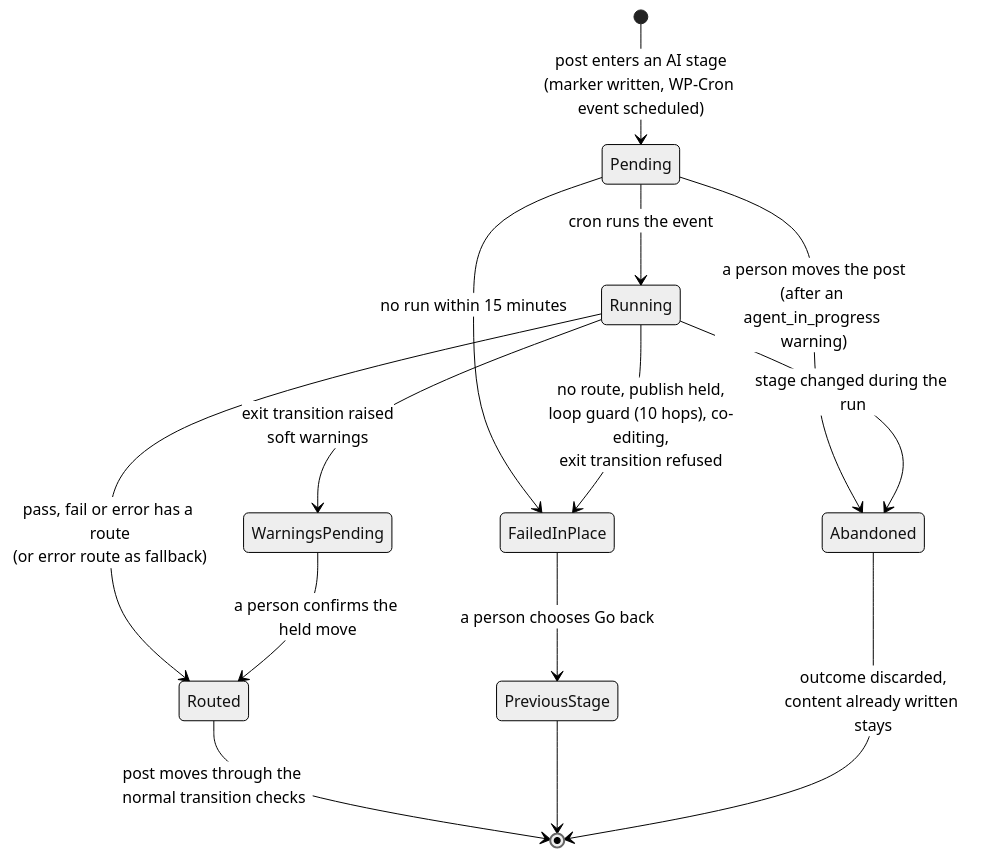
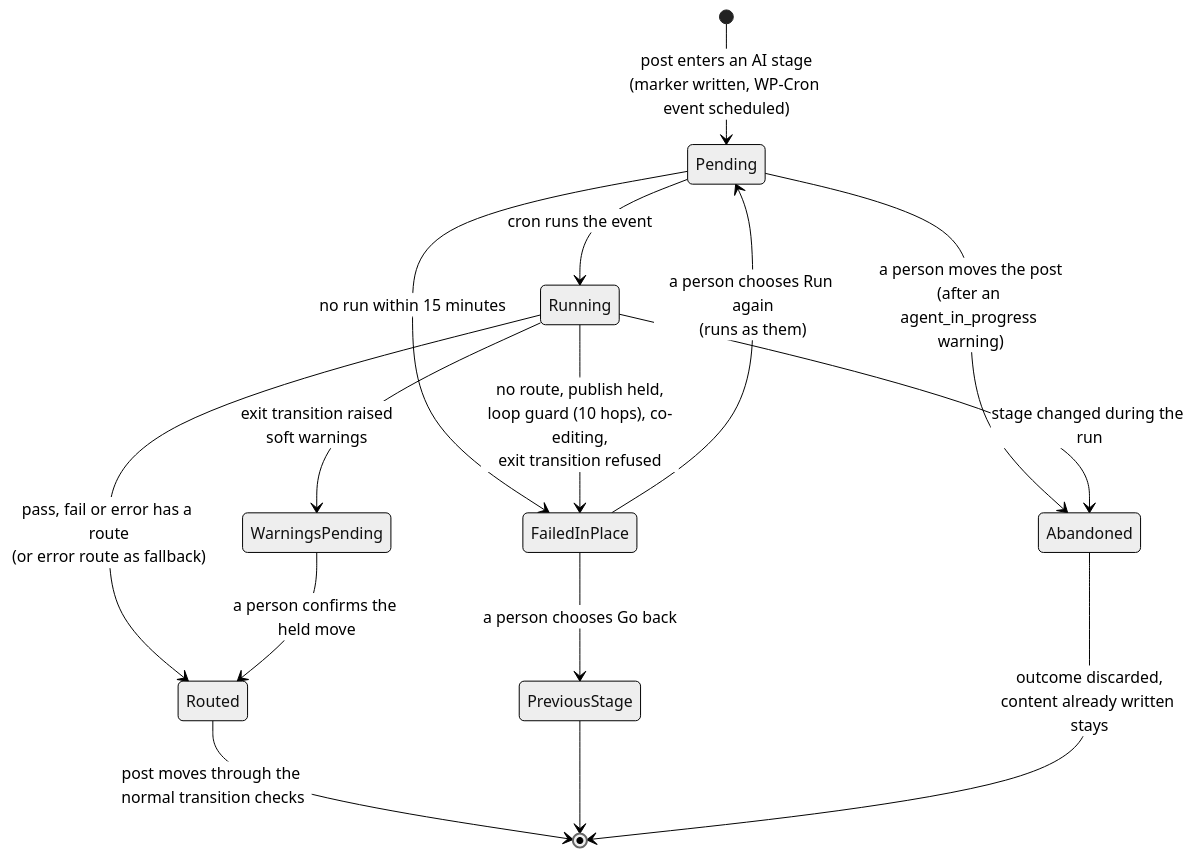
One commit to Automattic/vip-workflows changed the fifth of 6 diagrams in docs/SPEC.md. Above: the diagram before and after it, drawn with Mermaid (neutral theme). The commit also changed other lines of this file, not shown here.

First line of the commit message:
docs: update SPEC.md for runs as the mover and Run again

````diff
--- a/docs/SPEC.md
+++ b/docs/SPEC.md
@@ -1030,16 +1030,17 @@
 ```mermaid
 stateDiagram-v2
   [*] --> Pending: post enters an AI stage<br/>(marker written, WP-Cron event scheduled)
   Pending --> Running: cron runs the event
   Pending --> FailedInPlace: no run within 15 minutes
   Pending --> Abandoned: a person moves the post<br/>(after an agent_in_progress warning)
   Running --> Abandoned: stage changed during the run
   Running --> Routed: pass, fail or error has a route<br/>(or error route as fallback)
   Running --> FailedInPlace: no route, publish held,<br/>loop guard (10 hops), co-editing,<br/>exit transition refused
   Running --> WarningsPending: exit transition raised<br/>soft warnings
   WarningsPending --> Routed: a person confirms the held move
+  FailedInPlace --> Pending: a person chooses Run again<br/>(runs as them)
   FailedInPlace --> PreviousStage: a person chooses Go back
   Routed --> [*]: post moves through the normal transition checks
   PreviousStage --> [*]
   Abandoned --> [*]: outcome discarded,<br/>content already written stays
 ```
````
